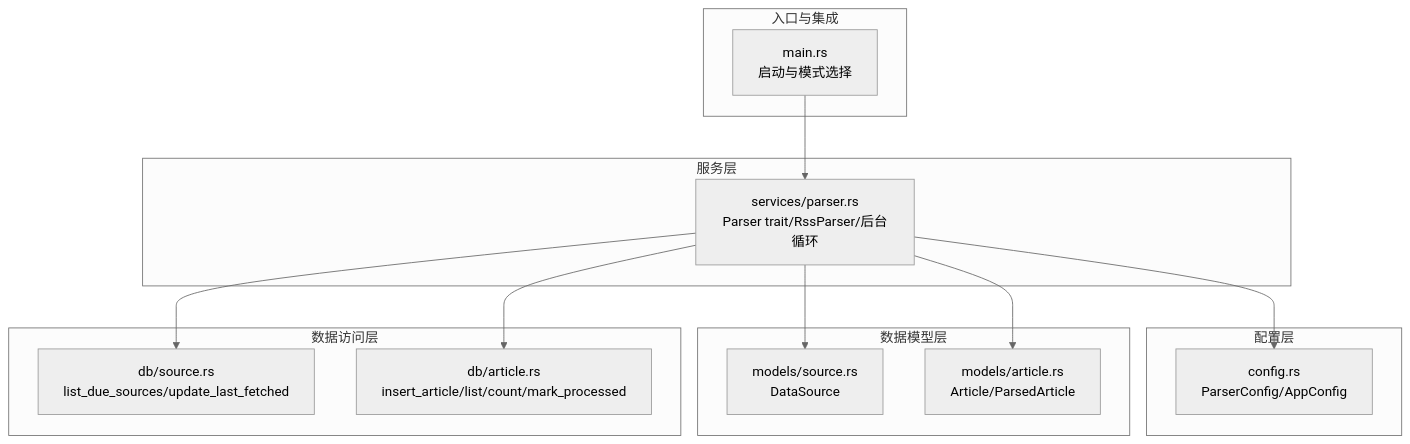
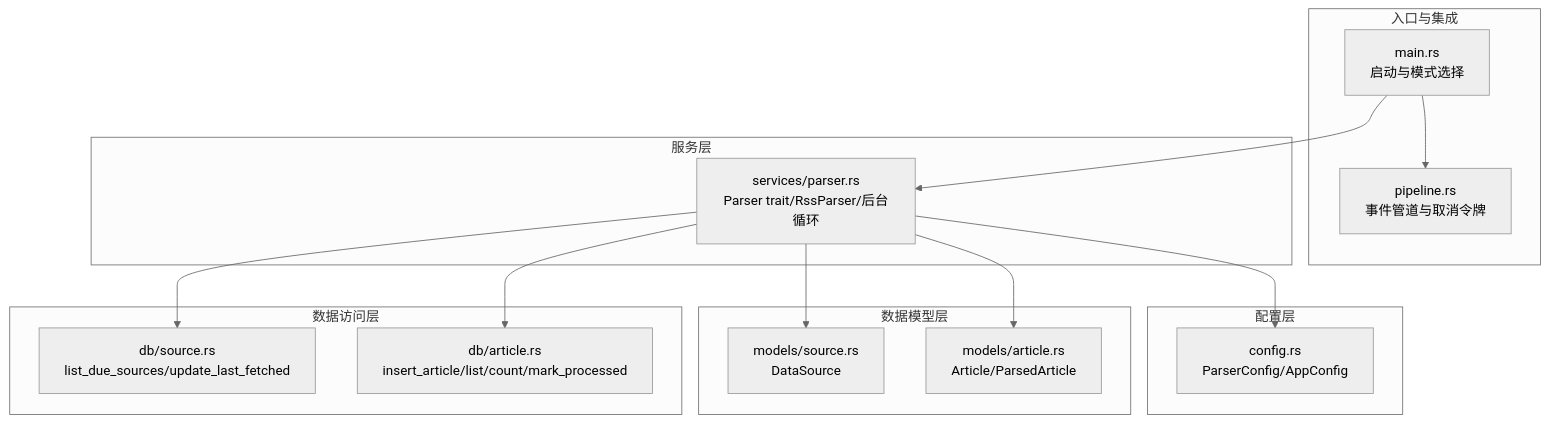
Before and after one commit to leimu-hue/AI-Trend-Tool: the first of 5 diagrams in .qoder/repowiki/zh/content/核心模块详解/内容采集模块（Parser）/内容采集模块（Parser）.md, drawn with Mermaid (neutral theme). The commit also changed other lines of this file and 74 other files, not shown here.

````diff
--- a/.qoder/repowiki/zh/content/核心模块详解/内容采集模块（Parser）/内容采集模块（Parser）.md
+++ b/.qoder/repowiki/zh/content/核心模块详解/内容采集模块（Parser）/内容采集模块（Parser）.md
@@ -40,26 +42,28 @@
 ```mermaid
 graph TB
 subgraph "入口与集成"
 MAIN["main.rs<br/>启动与模式选择"]
+PIPELINE["pipeline.rs<br/>事件管道与取消令牌"]
 end
 subgraph "服务层"
 SVC_PARSER["services/parser.rs<br/>Parser trait/RssParser/后台循环"]
 end
 subgraph "配置层"
 CFG["config.rs<br/>ParserConfig/AppConfig"]
 end
 subgraph "数据模型层"
 MODEL_SOURCE["models/source.rs<br/>DataSource"]
 MODEL_ARTICLE["models/article.rs<br/>Article/ParsedArticle"]
 end
 subgraph "数据访问层"
 DB_SOURCE["db/source.rs<br/>list_due_sources/update_last_fetched"]
 DB_ARTICLE["db/article.rs<br/>insert_article/list/count/mark_processed"]
 end
+MAIN --> PIPELINE
 MAIN --> SVC_PARSER
 SVC_PARSER --> CFG
 SVC_PARSER --> MODEL_SOURCE
 SVC_PARSER --> MODEL_ARTICLE
 SVC_PARSER --> DB_SOURCE
 SVC_PARSER --> DB_ARTICLE
 ```
````
